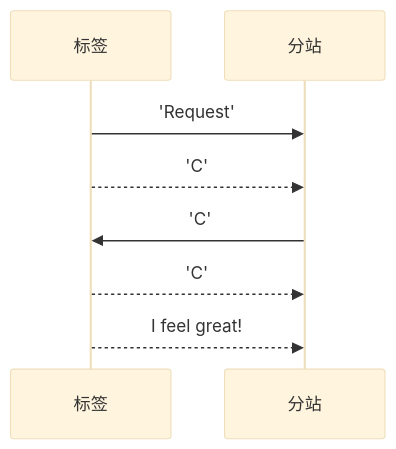
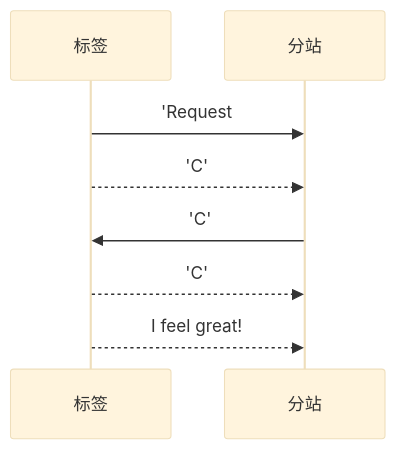
The diagram in all/未命名.md (geek-zhao/iodraw-files), drawn with Mermaid (base theme) before and after one commit.

Commit message:
2024-08-17 13:53:54 update

````diff
--- a/all/未命名.md
+++ b/all/未命名.md
@@ -1,9 +1,9 @@
 ```mermaid
 sequenceDiagram
-    标签->>分站: 'Request'
+    标签->>分站: 'Request
     标签-->>分站: 'C'
     分站->>标签: 'C'
     标签-->>分站: 'C'
     标签-->>分站: I feel great!
             
 ```
````
